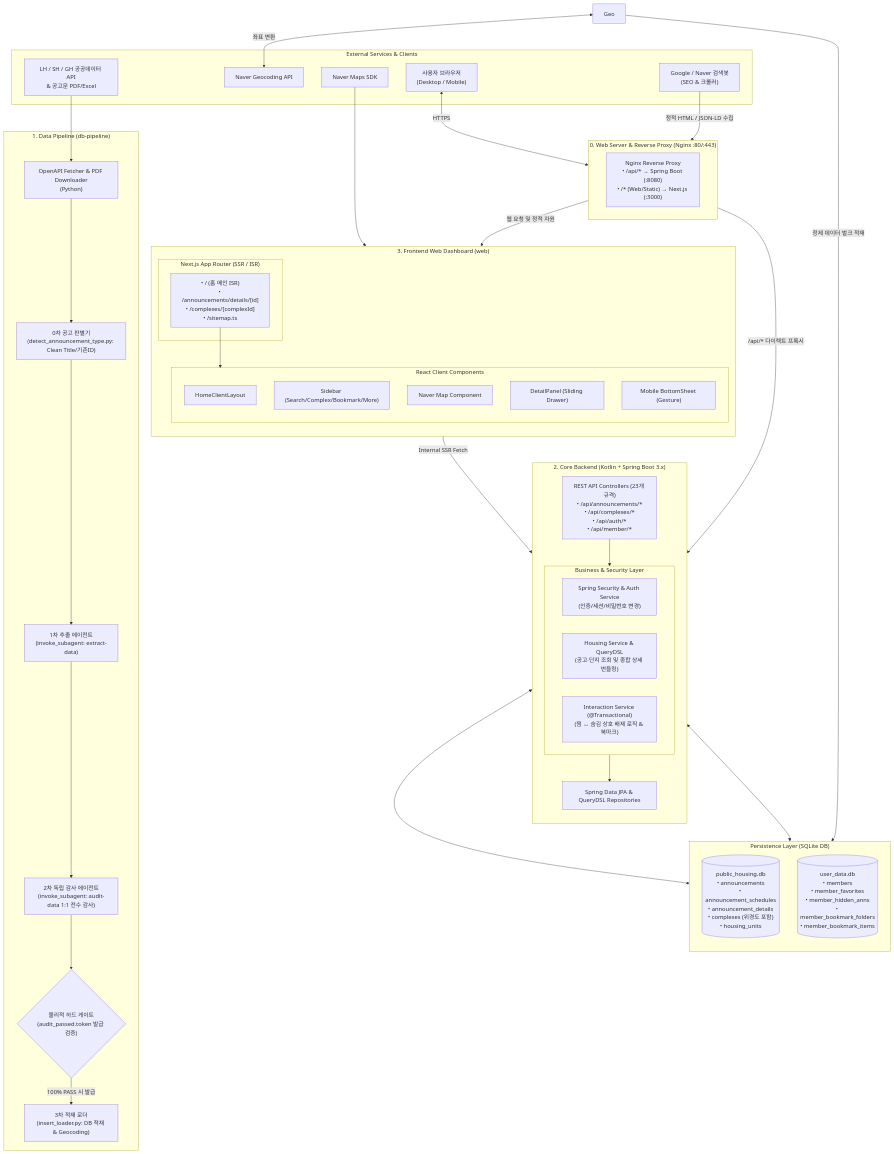
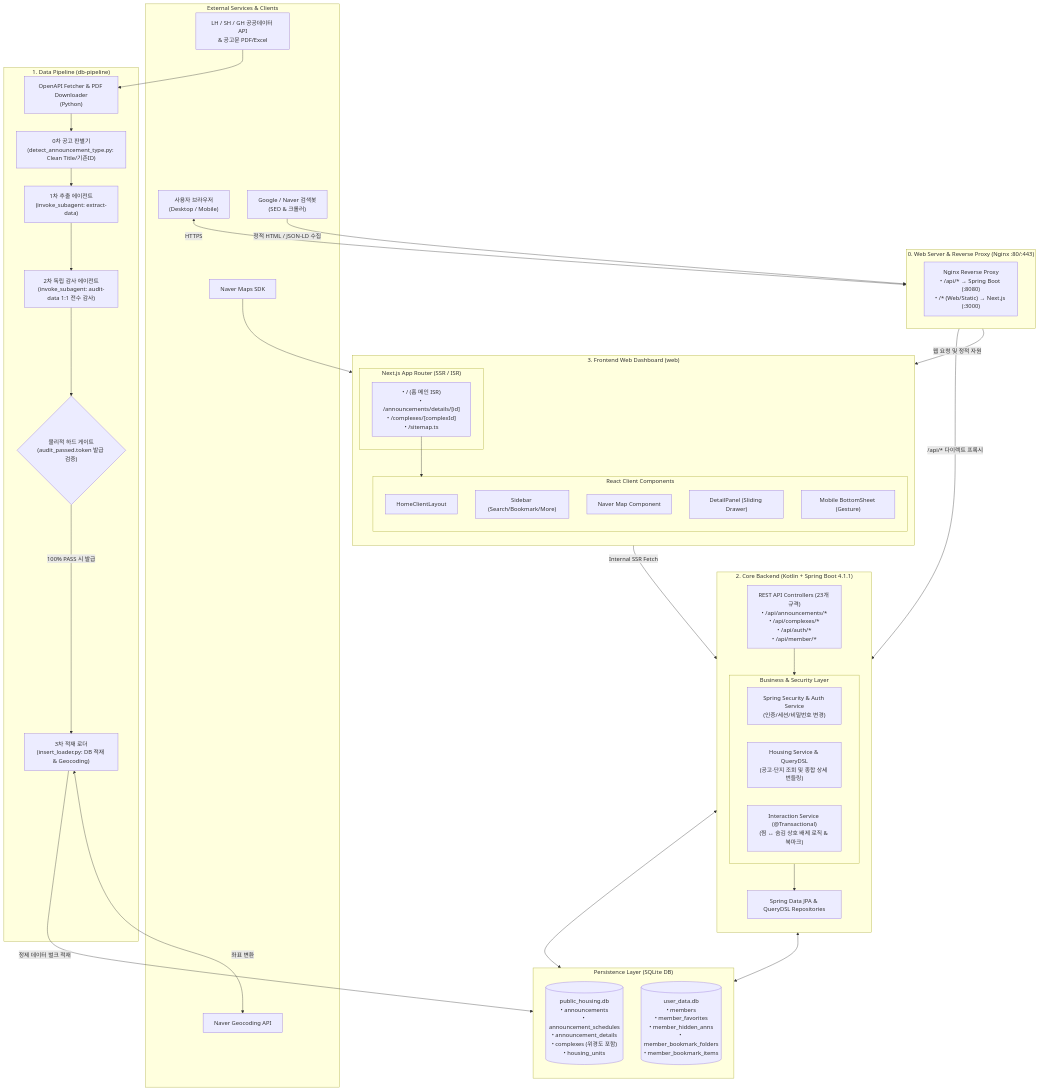
The first of 2 diagrams in docs/dev/ARCHITECTURE.md (JaeMin1130/pleasehome), drawn with Mermaid before and after one commit. The commit also changed other lines of this file and 5 other files, not shown here.

```diff
--- a/docs/dev/ARCHITECTURE.md
+++ b/docs/dev/ARCHITECTURE.md
@@ -46,7 +46,7 @@
     end
 
     %% 4. 백엔드 코어 서버
-    subgraph Backend["2. Core Backend (Kotlin + Spring Boot 3.x)"]
+    subgraph Backend["2. Core Backend (Kotlin + Spring Boot 4.1.1)"]
         direction TB
         Controller["REST API Controllers (23개 규격)<br>• /api/announcements/*<br>• /api/complexes/*<br>• /api/auth/*<br>• /api/member/*"]
         
@@ -72,7 +72,7 @@
 
         subgraph ClientUI["React Client Components"]
             Layout["HomeClientLayout"]
-            Sidebar["Sidebar (Search/Complex/Bookmark/More)"]
+            Sidebar["Sidebar (Search/Bookmark/More)"]
             MapComp["Naver Map Component"]
             Panel["DetailPanel (Sliding Drawer)"]
             MobileSheet["Mobile BottomSheet (Gesture)"]
@@ -88,8 +88,8 @@
 
     %% 연결 관계 (Data Flow)
     LH_SH --> Fetch
-    Geo <-->|좌표 변환| NaverGeo
-    Geo -->|정제 데이터 벌크 적재| HousingDB
+    Loader <-->|좌표 변환| NaverGeo
+    Loader -->|정제 데이터 벌크 적재| HousingDB
 
     Repo <--> HousingDB
     Repo <--> UserDB
```
